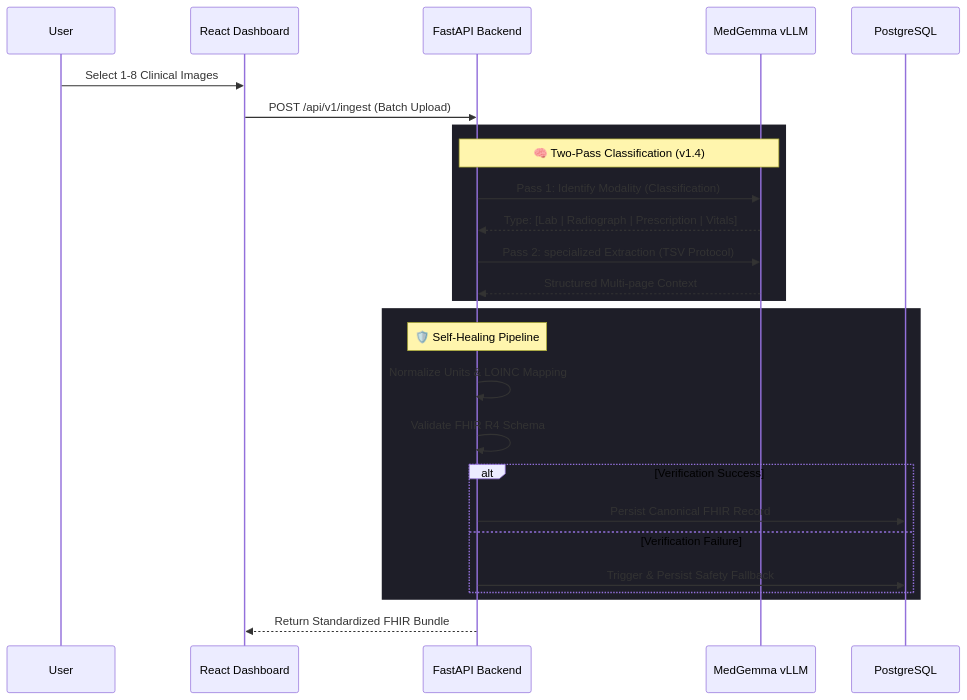
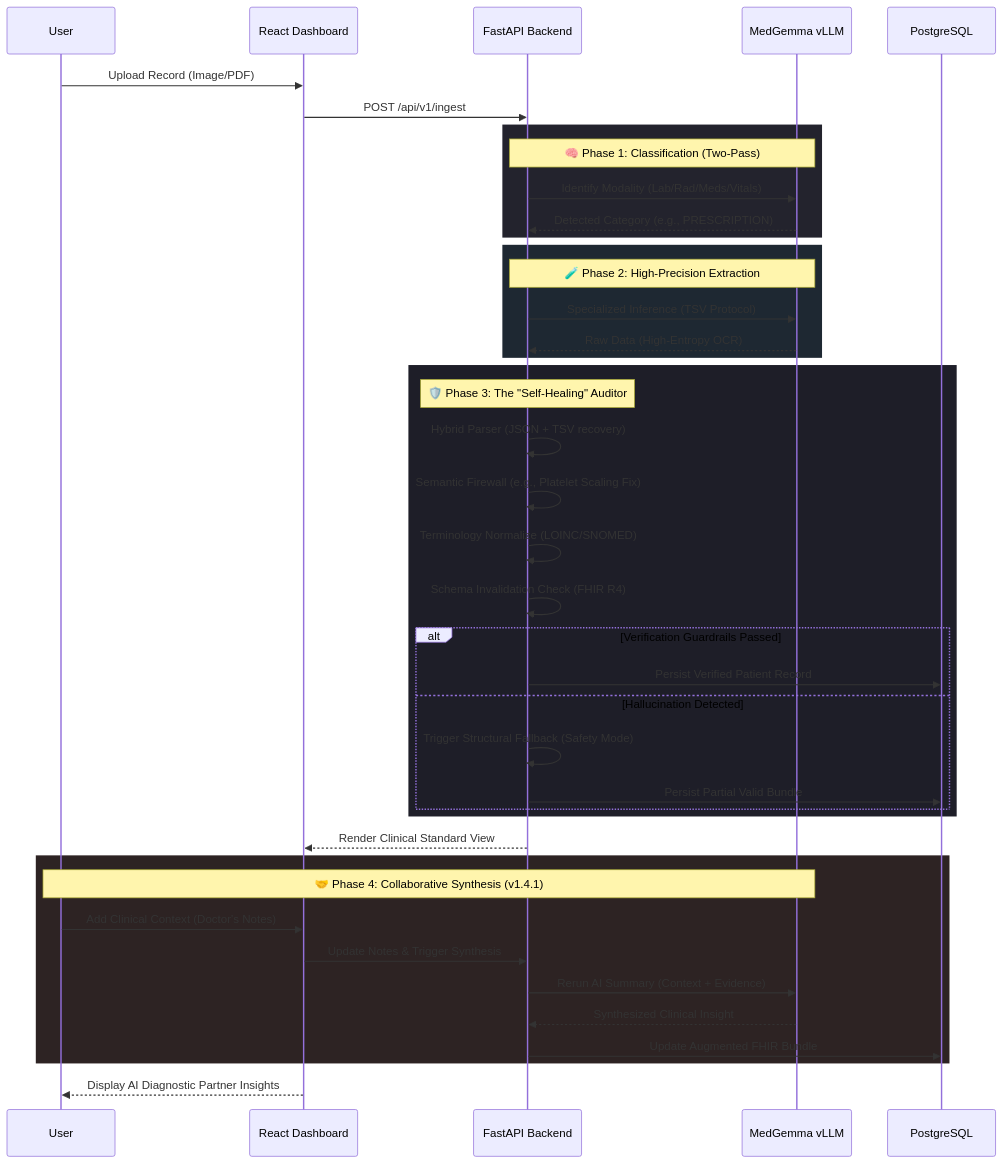
One commit to ALIENvsROBOT/challenge_kaggle changed the diagram in README.md. Above: the diagram before and after it, drawn with Mermaid. The commit also changed other lines of this file, not shown here.

Commit message:
v1.4.1: Refined Mermaid diagram with Phase transition details and fixed README encoding/emoji issues.

````diff
--- a/README.md
+++ b/README.md
@@ -67,32 +67,51 @@
 ```mermaid
 sequenceDiagram
     participant User
     participant UI as React Dashboard
     participant API as FastAPI Backend
     participant LLM as MedGemma vLLM
     participant DB as PostgreSQL
 
-    User->>UI: Select 1-8 Clinical Images
-    UI->>API: POST /api/v1/ingest (Batch Upload)
+    User->>UI: Upload Record (Image/PDF)
+    UI->>API: POST /api/v1/ingest
 
-    rect rgb(30, 30, 40)
-    Note over API, LLM: 🧠 Two-Pass Classification (v1.4)
-    API->>LLM: Pass 1: Identify Modality (Classification)
-    LLM-->>API: Type: [Lab | Radiograph | Prescription | Vitals]
-    API->>LLM: Pass 2: specialized Extraction (TSV Protocol)
-    LLM-->>API: Structured Multi-page Context
+    rect rgb(35, 35, 45)
+    Note over API, LLM: 🧠 Phase 1: Classification (Two-Pass)
+    API->>LLM: Identify Modality (Lab/Rad/Meds/Vitals)
+    LLM-->>API: Detected Category (e.g., PRESCRIPTION)
+    end
+
+    rect rgb(30, 40, 50)
+    Note over API, LLM: 🧪 Phase 2: High-Precision Extraction
+    API->>LLM: Specialized Inference (TSV Protocol)
+    LLM-->>API: Raw Data (High-Entropy OCR)
     end
 
     rect rgb(30, 30, 40)
-    Note over API: 🛡️ Self-Healing Pipeline
-    API->>API: Normalize Units & LOINC Mapping
-    API->>API: Validate FHIR R4 Schema
-    alt Verification Success
-        API->>DB: Persist Canonical FHIR Record
-    else Verification Failure
-        API->>DB: Trigger & Persist Safety Fallback
+    Note over API: 🛡️ Phase 3: The "Self-Healing" Auditor
+    API->>API: Hybrid Parser (JSON + TSV recovery)
+    API->>API: Semantic Firewall (e.g., Platelet Scaling Fix)
+    API->>API: Terminology Normalize (LOINC/SNOMED)
+    API->>API: Schema Invalidation Check (FHIR R4)
+
+    alt Verification Guardrails Passed
+        API->>DB: Persist Verified Patient Record
+    else Hallucination Detected
+        API->>API: Trigger Structural Fallback (Safety Mode)
+        API->>DB: Persist Partial Valid Bundle
     end
     end
 
-    API-->>UI: Return Standardized FHIR Bundle
+    API-->>UI: Render Clinical Standard View
+
+    rect rgb(45, 35, 35)
+    Note over User, LLM: 🤝 Phase 4: Collaborative Synthesis (v1.4.1)
+    User->>UI: Add Clinical Context (Doctor's Notes)
+    UI->>API: Update Notes & Trigger Synthesis
+    API->>LLM: Rerun AI Summary (Context + Evidence)
+    LLM-->>API: Synthesized Clinical Insight
+    API->>DB: Update Augmented FHIR Bundle
+    end
+
+    UI-->>User: Display AI Diagnostic Partner Insights
 ```
````
